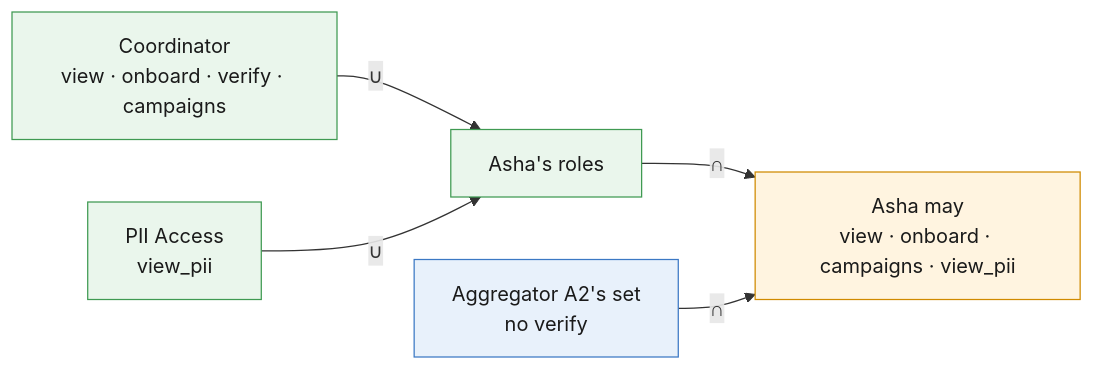
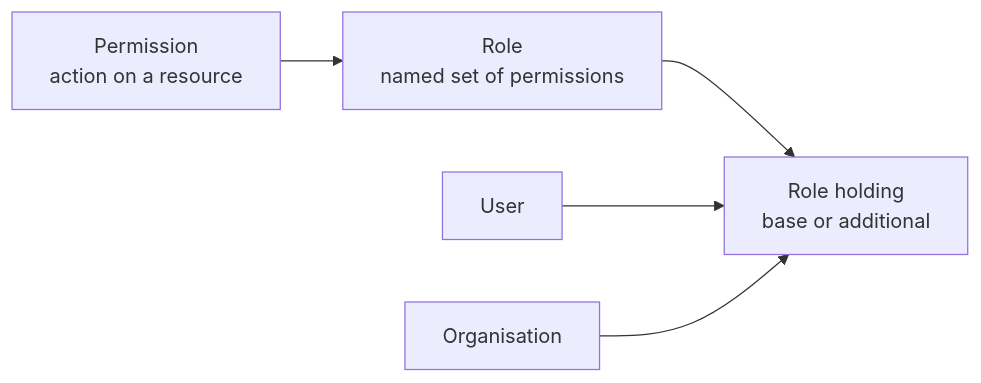
One commit to Blue-Dots-Economy/aggregator-dpg changed the diagram in docs/rbac/rbac-permissions-and-roles.md. Above: the diagram before and after it, drawn with Mermaid. The commit also changed other lines of this file and 106 other files, not shown here.

First line of the commit message:
feat(rbac): roles and permissions per organisation (R3–R6)

````diff
--- a/docs/rbac/rbac-permissions-and-roles.md
+++ b/docs/rbac/rbac-permissions-and-roles.md
@@ -132,18 +21,12 @@
 ```mermaid
 flowchart LR
-    C["Coordinator<br/>view · onboard · verify · campaigns"]
-    P["PII Access<br/>view_pii"]
-    U["Asha's roles"]
-    S["Aggregator A2's set<br/>no verify"]
-    A["Asha may<br/>view · onboard · campaigns · view_pii"]
-    C -- "∪" --> U
-    P -- "∪" --> U
-    U -- "∩" --> A
-    S -- "∩" --> A
-    classDef person fill:#eaf6ec,stroke:#3f9a52,color:#1a1a1a
-    classDef org fill:#e8f1fb,stroke:#3b78c4,color:#1a1a1a
-    classDef result fill:#fff4e0,stroke:#d08a00,color:#1a1a1a
-    class C,P,U person
-    class S org
-    class A result
+    P["Permission<br/>action on a resource"]
+    R["Role<br/>named set of permissions"]
+    A["Role holding<br/>base or additional"]
+    U["User"]
+    O["Organisation"]
+    P --> R
+    R --> A
+    U --> A
+    O --> A
 ```
````
